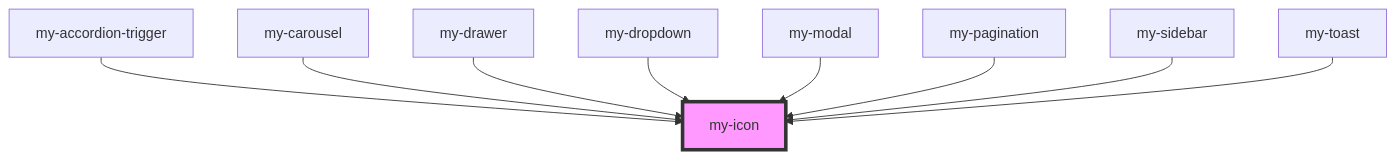
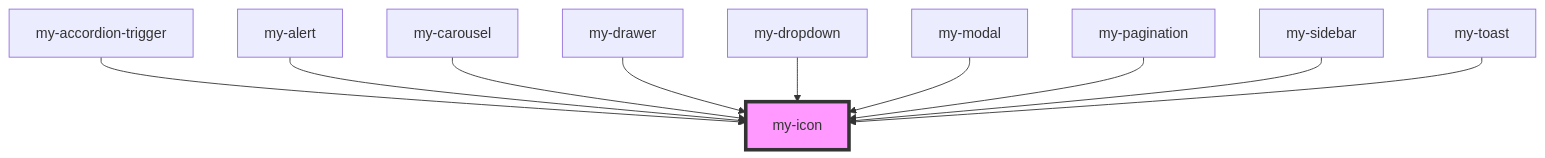
The diagram in packages/stencil-library/src/components/my-icon/readme.md (Andersseen/and-web-components), drawn with Mermaid before and after one commit. The commit also changed other lines of this file and 11 other files, not shown here.

````diff
--- a/packages/stencil-library/src/components/my-icon/readme.md
+++ b/packages/stencil-library/src/components/my-icon/readme.md
@@ -32,12 +33,13 @@
 ```mermaid
 graph TD;
   my-accordion-trigger --> my-icon
+  my-alert --> my-icon
   my-carousel --> my-icon
   my-drawer --> my-icon
   my-dropdown --> my-icon
   my-modal --> my-icon
   my-pagination --> my-icon
   my-sidebar --> my-icon
   my-toast --> my-icon
   style my-icon fill:#f9f,stroke:#333,stroke-width:4px
 ```
````
